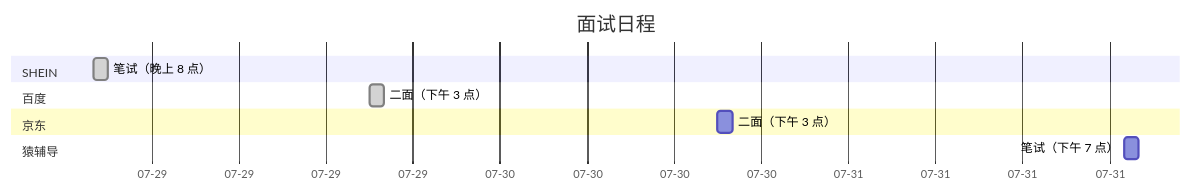
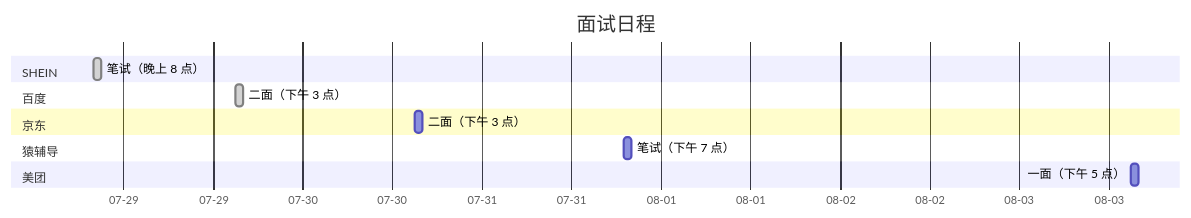
Before and after one commit to AlertNull/interview-schedule: the diagram in calendar.mmd, drawn with Mermaid. The commit also changed 3 other files, not shown here.

```diff
--- a/calendar.mmd
+++ b/calendar.mmd
@@ -1,12 +1,14 @@
 gantt
     axisFormat  %m-%d
     title 面试日程
     dateFormat  YYYY-MM-DD-H
     section SHEIN
     笔试（晚上 8 点）:done, 2021-07-28-20, 1h
     section 百度
     二面（下午 3 点）:done, 2021-07-29-15, 1h
     section 京东
     二面（下午 3 点）: 2021-07-30-15, 1h
     section 猿辅导
     笔试（下午 7 点）: 2021-07-31-19, 1h
+    section 美团
+    一面（下午 5 点）:2021-08-03-15, 1h
```
